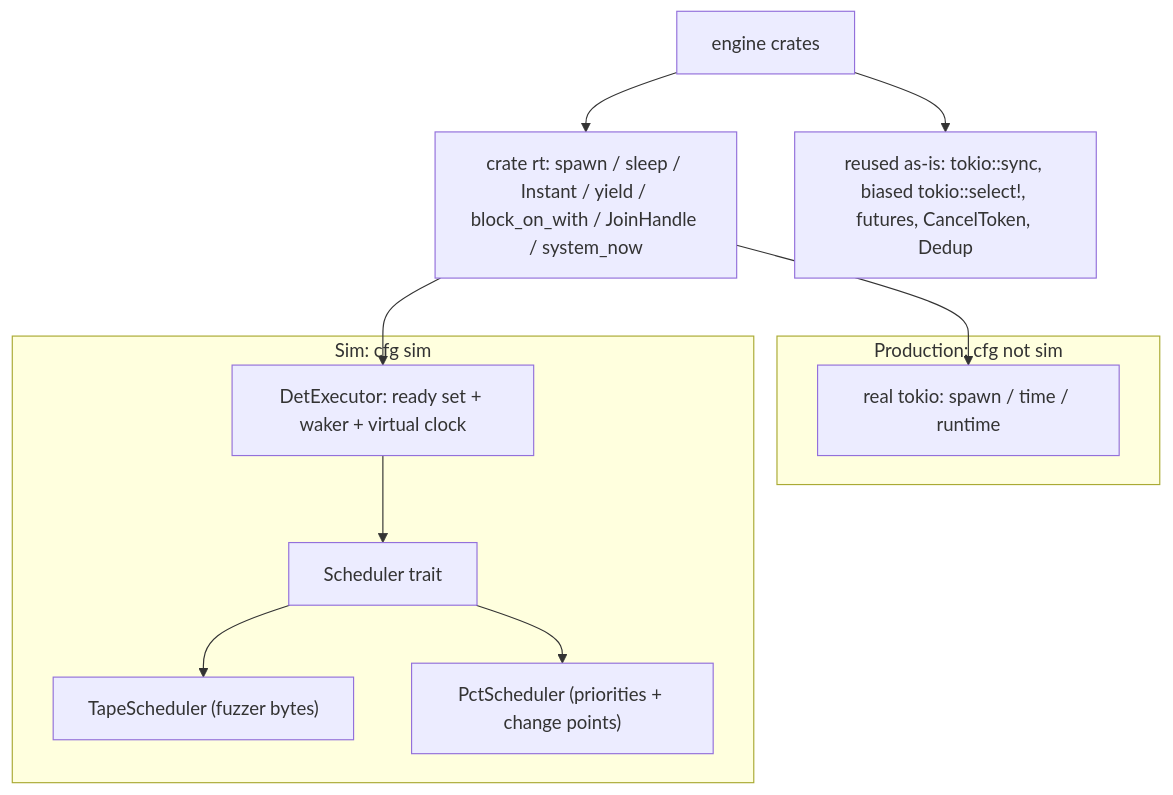
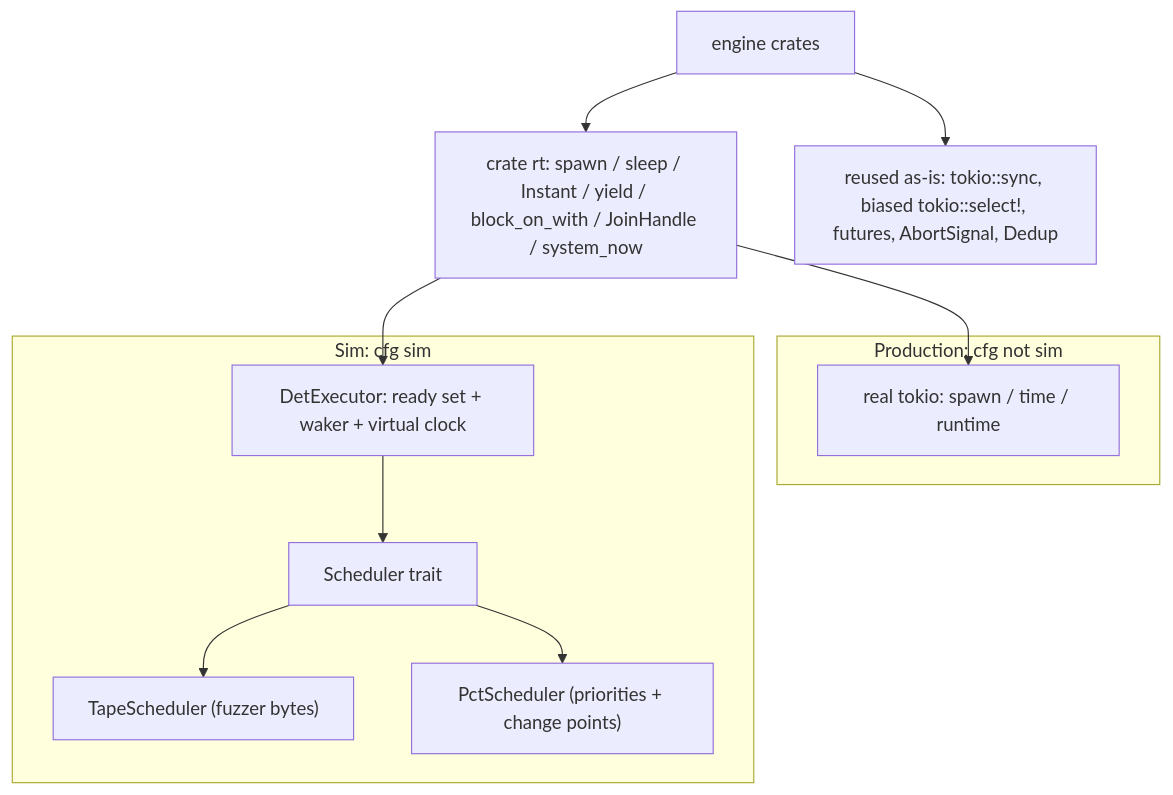
Before and after one commit to mbrt/glassdb-rs: the diagram in docs/adr/011-guided-interleaving-executor.md, drawn with Mermaid. The commit also changed other lines of this file and 11 other files, not shown here.

Commit message:
Remove CancelToken

````diff
--- a/docs/adr/011-guided-interleaving-executor.md
+++ b/docs/adr/011-guided-interleaving-executor.md
@@ -69,21 +69,21 @@
 ```mermaid
 flowchart TD
   subgraph prod [Production: cfg not sim]
     realtokio["real tokio: spawn / time / runtime"]
   end
   subgraph sim [Sim: cfg sim]
     exec["DetExecutor: ready set + waker + virtual clock"]
     sched["Scheduler trait"]
     tape["TapeScheduler (fuzzer bytes)"]
     pct["PctScheduler (priorities + change points)"]
     sched --> tape
     sched --> pct
     exec --> sched
   end
   rt["crate rt: spawn / sleep / Instant / yield / block_on_with / JoinHandle / system_now"]
   rt --> realtokio
   rt --> exec
-  reuse["reused as-is: tokio::sync, biased tokio::select!, futures, CancelToken, Dedup"]
+  reuse["reused as-is: tokio::sync, biased tokio::select!, futures, AbortSignal, Dedup"]
   engine["engine crates"] --> rt
   engine --> reuse
 ```
````
